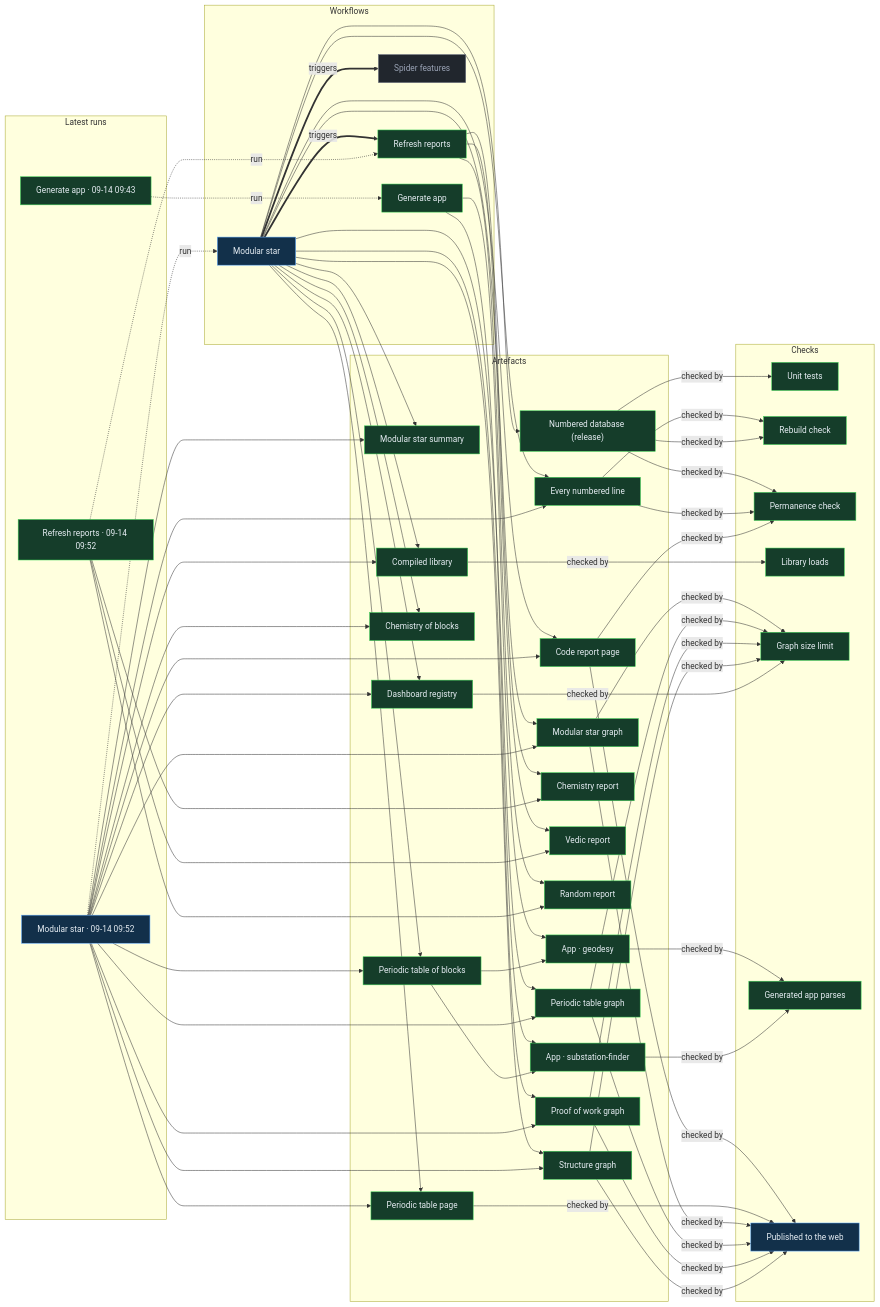
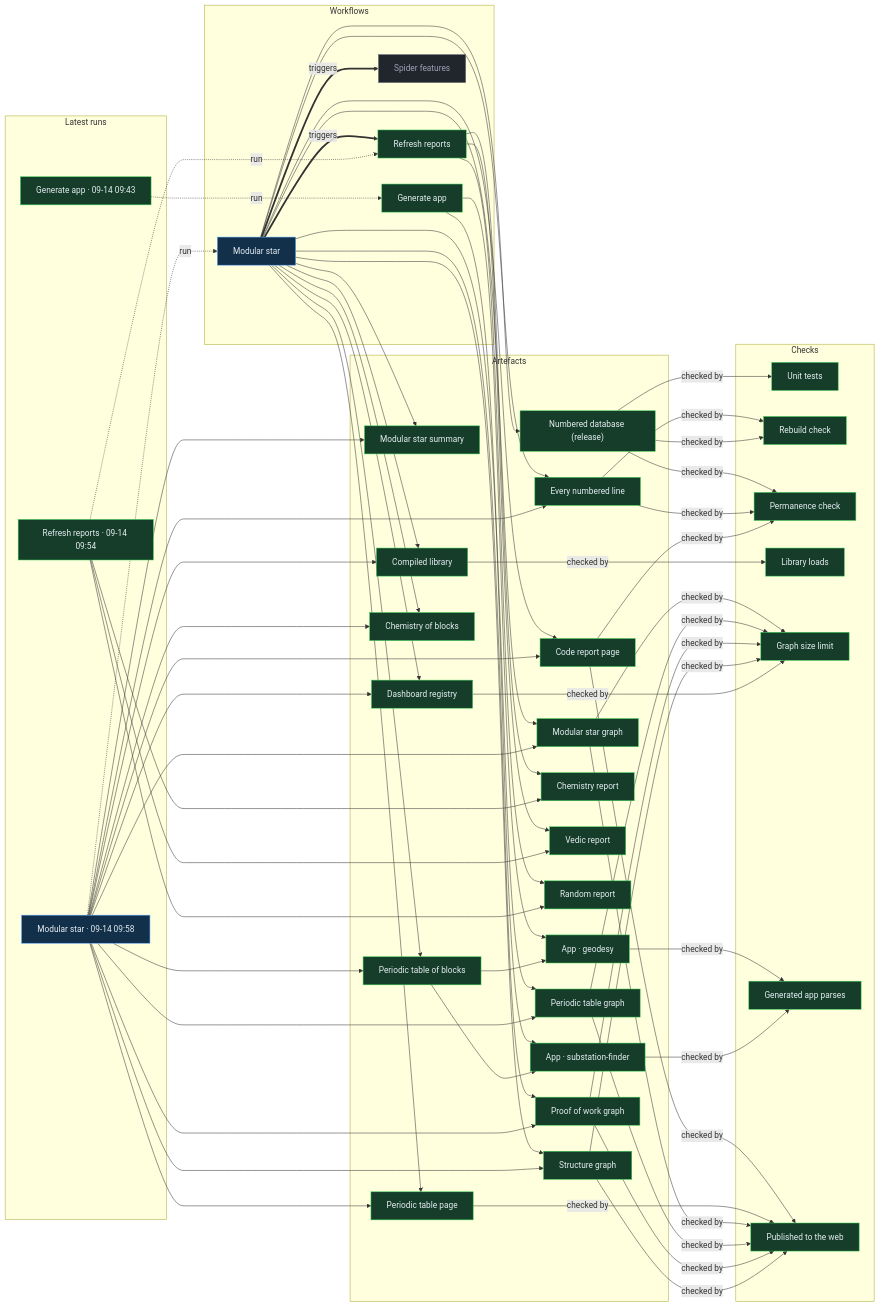
The diagram in proof/PROOF.md (Ventusltd/stars), drawn with Mermaid before and after one commit. The commit also changed other lines of this file and 32 other files, not shown here.

Commit message:
Modular star 2026-09-14T10:00Z

```diff
--- a/proof/PROOF.md
+++ b/proof/PROOF.md
@@ -24,8 +24,8 @@
   n_wf_spider_features["Spider features"]:::off
   end
   subgraph g_runs["Latest runs"]
-  n_run_34830258504["Modular star · 09-14 09:52"]:::live
-  n_run_34830206791["Refresh reports · 09-14 09:52"]:::ok
+  n_run_34830766605["Modular star · 09-14 09:58"]:::live
+  n_run_34830421791["Refresh reports · 09-14 09:54"]:::ok
   n_run_34829448635["Generate app · 09-14 09:43"]:::ok
   end
   subgraph g_artefacts["Artefacts"]
@@ -55,43 +55,43 @@
   n_chk_library["Library loads"]:::ok
   n_chk_size["Graph size limit"]:::ok
   n_chk_parses["Generated app parses"]:::ok
-  n_chk_pages["Published to the web"]:::live
+  n_chk_pages["Published to the web"]:::ok
   end
   n_wf_modular_star == triggers ==> n_wf_refresh
   n_wf_modular_star == triggers ==> n_wf_spider_features
-  n_run_34830258504 -. run .-> n_wf_modular_star
-  n_run_34830206791 -. run .-> n_wf_refresh
+  n_run_34830766605 -. run .-> n_wf_modular_star
+  n_run_34830421791 -. run .-> n_wf_refresh
   n_run_34829448635 -. run .-> n_wf_generate
   n_wf_modular_star --> n_art_summary
-  n_run_34830258504 --> n_art_summary
+  n_run_34830766605 --> n_art_summary
   n_wf_modular_star --> n_art_lines
-  n_run_34830258504 --> n_art_lines
+  n_run_34830766605 --> n_art_lines
   n_wf_modular_star --> n_art_code
-  n_run_34830258504 --> n_art_code
+  n_run_34830766605 --> n_art_code
   n_wf_modular_star --> n_art_modular_graph
-  n_run_34830258504 --> n_art_modular_graph
+  n_run_34830766605 --> n_art_modular_graph
   n_wf_modular_star --> n_art_blocks
-  n_run_34830258504 --> n_art_blocks
+  n_run_34830766605 --> n_art_blocks
   n_wf_modular_star --> n_art_table
-  n_run_34830258504 --> n_art_table
+  n_run_34830766605 --> n_art_table
   n_wf_modular_star --> n_art_blocks_graph
-  n_run_34830258504 --> n_art_blocks_graph
+  n_run_34830766605 --> n_art_blocks_graph
   n_wf_modular_star --> n_art_reactions
-  n_run_34830258504 --> n_art_reactions
+  n_run_34830766605 --> n_art_reactions
   n_wf_modular_star --> n_art_library
-  n_run_34830258504 --> n_art_library
+  n_run_34830766605 --> n_art_library
   n_wf_modular_star --> n_art_features
-  n_run_34830258504 --> n_art_features
+  n_run_34830766605 --> n_art_features
   n_wf_modular_star --> n_art_proof
-  n_run_34830258504 --> n_art_proof
+  n_run_34830766605 --> n_art_proof
   n_wf_modular_star --> n_art_structure
-  n_run_34830258504 --> n_art_structure
+  n_run_34830766605 --> n_art_structure
   n_wf_refresh --> n_art_chemistry
-  n_run_34830206791 --> n_art_chemistry
+  n_run_34830421791 --> n_art_chemistry
   n_wf_refresh --> n_art_vedic
-  n_run_34830206791 --> n_art_vedic
+  n_run_34830421791 --> n_art_vedic
   n_wf_refresh --> n_art_random
-  n_run_34830206791 --> n_art_random
+  n_run_34830421791 --> n_art_random
   n_wf_modular_star --> n_art_release
   n_wf_generate --> n_app_geodesy
   n_art_blocks --> n_app_geodesy
```
